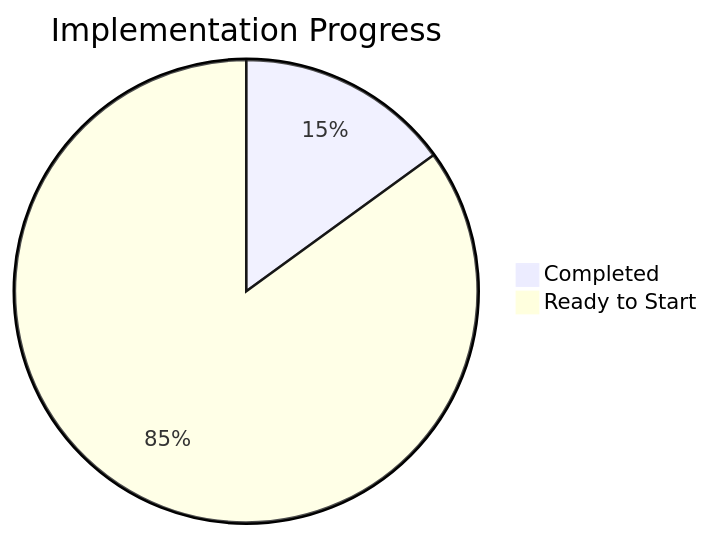
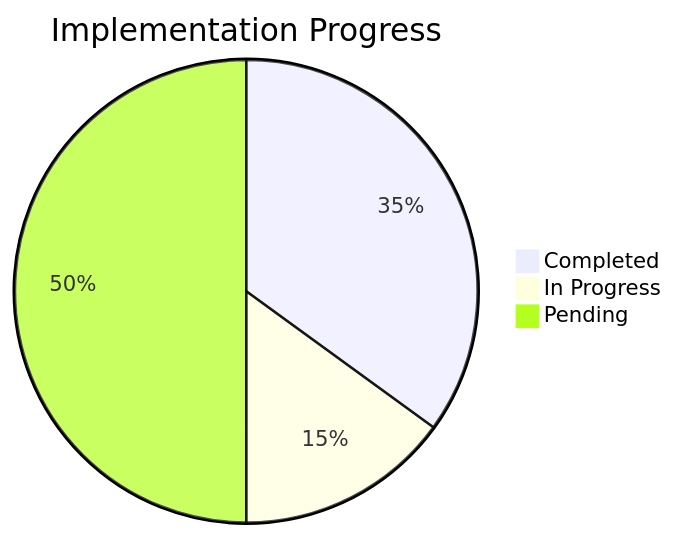
The first of 3 diagrams in memory-bank/progress.md (hackathon-nstech/database-nsdocs-consumption-module), drawn with Mermaid before and after one commit. The commit also changed other lines of this file and 17 other files, not shown here.

````diff
--- a/memory-bank/progress.md
+++ b/memory-bank/progress.md
@@ -122,5 +129,6 @@
 ```mermaid
 pie title Implementation Progress
-    "Completed" : 15
-    "Ready to Start" : 85
+    "Completed" : 35
+    "In Progress" : 15
+    "Pending" : 50
 ```
````
